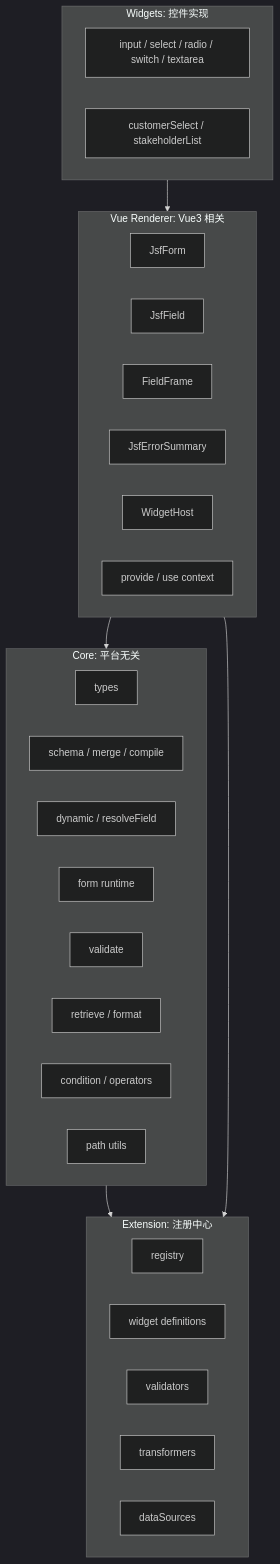
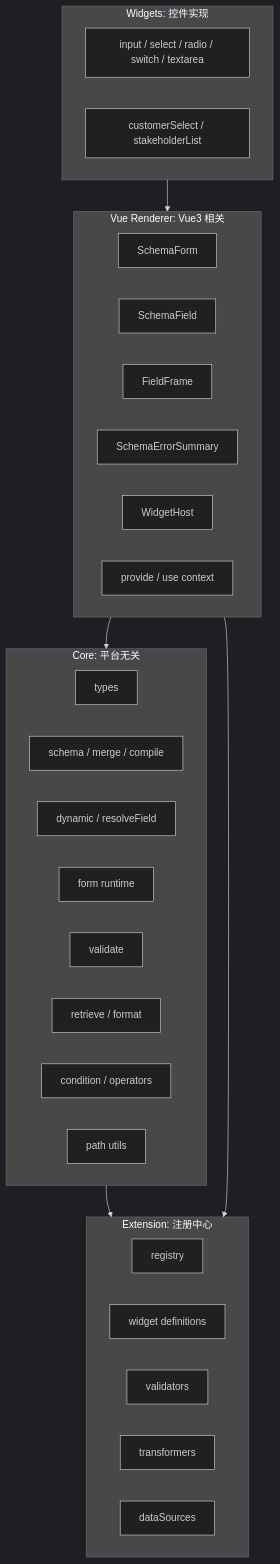
One commit to nelk98/lego changed the second of 3 diagrams in docs/jsf/architecture.md. Above: the diagram before and after it, drawn with Mermaid (dark theme). The commit also changed other lines of this file and 10 other files, not shown here.

Commit message:
refactor(jsf): rename renderer components to schema form

````diff
--- a/docs/jsf/architecture.md
+++ b/docs/jsf/architecture.md
@@ -42,40 +42,40 @@
 ```mermaid
 flowchart TB
   subgraph Core["Core: 平台无关"]
     Types["types"]
     SchemaCompiler["schema / merge / compile"]
     DynamicResolver["dynamic / resolveField"]
     FormRuntime["form runtime"]
     Validation["validate"]
     Transform["retrieve / format"]
     ConditionDsl["condition / operators"]
     PathUtils["path utils"]
   end
 
   subgraph Extension["Extension: 注册中心"]
     Registry["registry"]
     WidgetDefs["widget definitions"]
     Validators["validators"]
     Transformers["transformers"]
     DataSources["dataSources"]
   end
 
   subgraph VueLayer["Vue Renderer: Vue3 相关"]
-    JsfForm["JsfForm"]
-    JsfField["JsfField"]
+    SchemaForm["SchemaForm"]
+    SchemaField["SchemaField"]
     FieldFrame["FieldFrame"]
-    ErrorSummary["JsfErrorSummary"]
+    ErrorSummary["SchemaErrorSummary"]
     WidgetHost["WidgetHost"]
     Context["provide / use context"]
   end
 
   subgraph Widgets["Widgets: 控件实现"]
     BasicWidgets["input / select / radio / switch / textarea"]
     BusinessWidgets["customerSelect / stakeholderList"]
   end
 
   Core --> Extension
   VueLayer --> Core
   VueLayer --> Extension
   Widgets --> VueLayer
 ```
````
